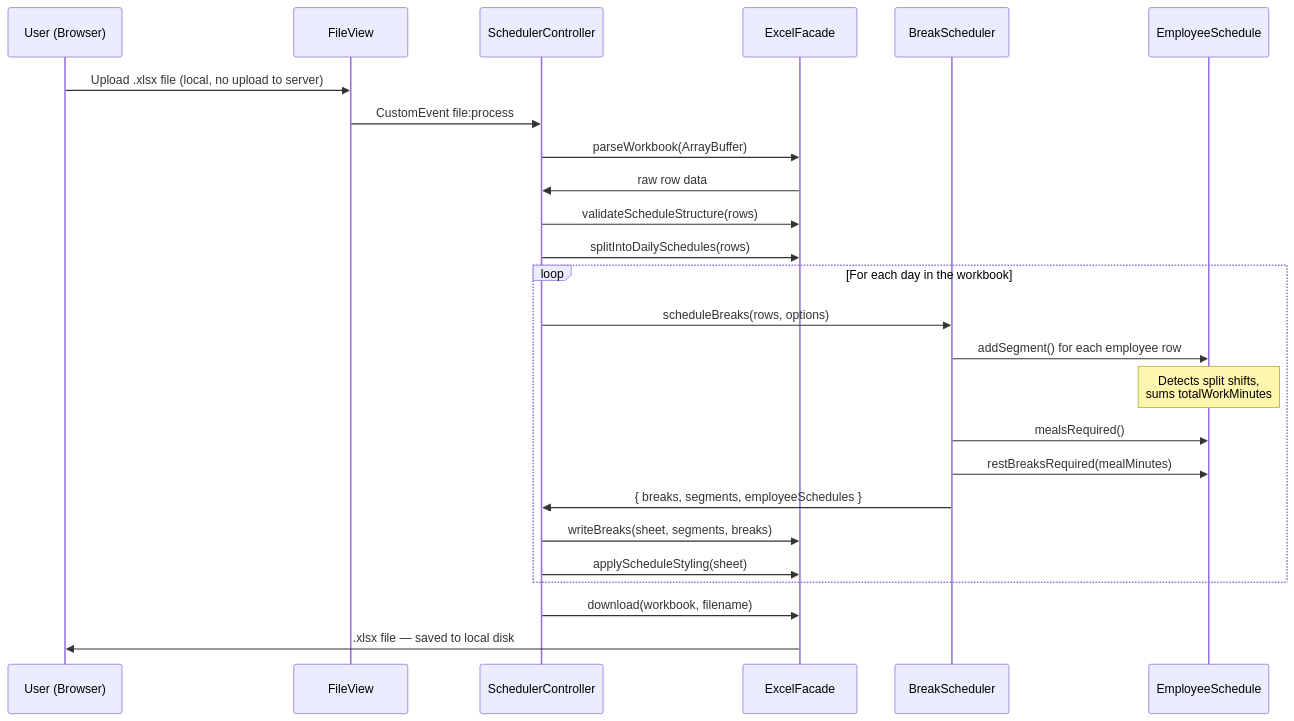
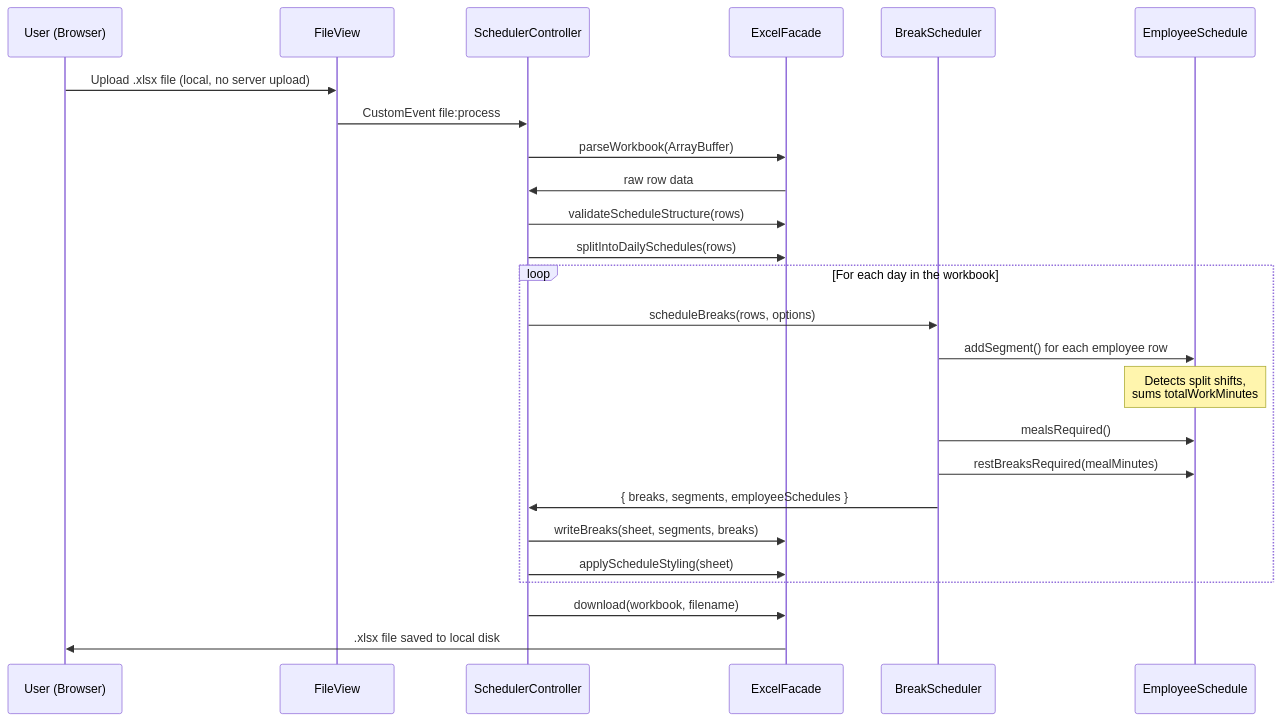
The third of 6 diagrams in README.md (kadencampb/break-schedule-tool), drawn with Mermaid before and after one commit. The commit also changed other lines of this file, not shown here.

````diff
--- a/README.md
+++ b/README.md
@@ -174,30 +177,30 @@
 ```mermaid
 sequenceDiagram
     participant U as User (Browser)
     participant FV as FileView
     participant SC as SchedulerController
     participant EF as ExcelFacade
     participant BS as BreakScheduler
     participant ES as EmployeeSchedule
 
-    U->>FV: Upload .xlsx file (local, no upload to server)
+    U->>FV: Upload .xlsx file (local, no server upload)
     FV->>SC: CustomEvent file:process
     SC->>EF: parseWorkbook(ArrayBuffer)
     EF->>SC: raw row data
     SC->>EF: validateScheduleStructure(rows)
     SC->>EF: splitIntoDailySchedules(rows)
 
     loop For each day in the workbook
         SC->>BS: scheduleBreaks(rows, options)
         BS->>ES: addSegment() for each employee row
         Note over ES: Detects split shifts,<br/>sums totalWorkMinutes
         BS->>ES: mealsRequired()
         BS->>ES: restBreaksRequired(mealMinutes)
         BS->>SC: { breaks, segments, employeeSchedules }
         SC->>EF: writeBreaks(sheet, segments, breaks)
         SC->>EF: applyScheduleStyling(sheet)
     end
 
     SC->>EF: download(workbook, filename)
-    EF->>U: .xlsx file — saved to local disk
+    EF->>U: .xlsx file saved to local disk
 ```
````
